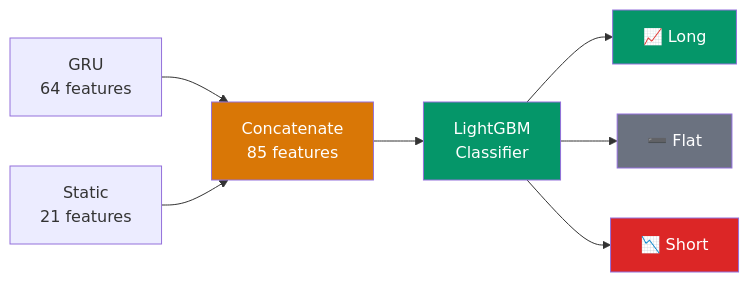
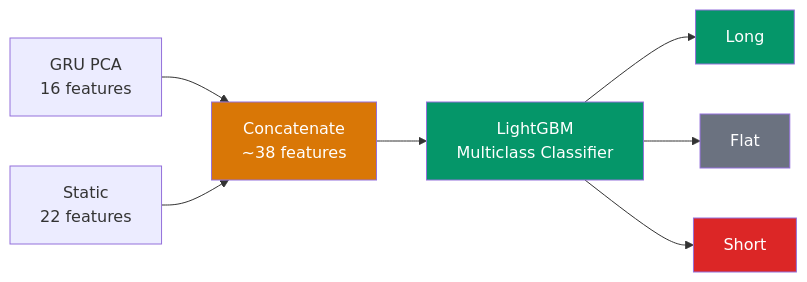
One commit to ultimateBroK/thesis-hybrid-stacking changed the fifth of 8 diagrams in docs/ARCHITECTURE.md. Above: the diagram before and after it, drawn with Mermaid. The commit also changed other lines of this file and 39 other files, not shown here.

First line of the commit message:
feat: update data range to 2018-2024 and enhance model architecture

````diff
--- a/docs/ARCHITECTURE.md
+++ b/docs/ARCHITECTURE.md
@@ -177,15 +199,15 @@
 ```mermaid
 flowchart LR
-    GRU_OUT["GRU<br/>64 features"] --> COMBINE["Concatenate<br/>85 features"]
-    STATIC["Static<br/>21 features"] --> COMBINE
-    COMBINE --> LGBM["LightGBM<br/>Classifier"]
-    LGBM --> LONG["📈 Long"]
-    LGBM --> FLAT["➖ Flat"]
-    LGBM --> SHORT["📉 Short"]
+    GRU_OUT["GRU PCA<br/>16 features"] --> COMBINE["Concatenate<br/>~38 features"]
+    STATIC["Static<br/>22 features"] --> COMBINE
+    COMBINE --> LGBM["LightGBM<br/>Multiclass Classifier"]
+    LGBM --> LONG["Long"]
+    LGBM --> FLAT["Flat"]
+    LGBM --> SHORT["Short"]
 
     style COMBINE fill:#D97706,color:#fff
     style LGBM fill:#059669,color:#fff
     style LONG fill:#059669,color:#fff
     style FLAT fill:#6B7280,color:#fff
     style SHORT fill:#DC2626,color:#fff
 ```
````
